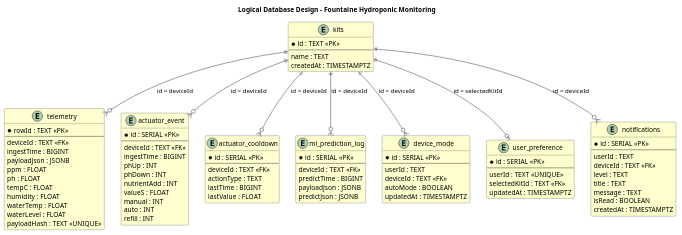
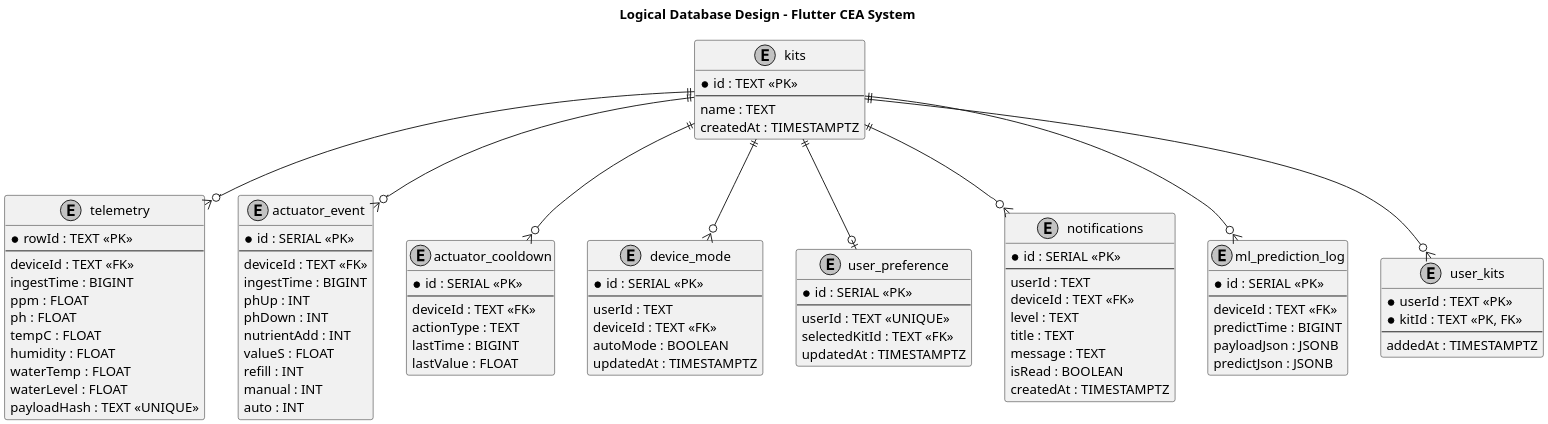
Before and after one commit to DarmawanWisnu/flutter-cea-system: the diagram in docs/diagrams/database/database_diagram.puml, drawn with PlantUML. The commit also changed 24 other files, not shown here.

```diff
--- a/docs/diagrams/database/database_diagram.puml
+++ b/docs/diagrams/database/database_diagram.puml
@@ -1,106 +1,105 @@
 @startuml
-title Logical Database Design - Fountaine Hydroponic Monitoring
-
-' === Styling ===
-skinparam class {
-  BackgroundColor #FEFECE
-  BorderColor #333333
-  ArrowColor #333333
-}
-
-' === ENTITIES ===
+scale 2
+skinparam monochrome true
+skinparam shadowing false
+title Logical Database Design - Flutter CEA System
 
 entity "kits" as kits {
   *id : TEXT <<PK>>
   --
   name : TEXT
   createdAt : TIMESTAMPTZ
 }
 
 entity "telemetry" as telemetry {
   *rowId : TEXT <<PK>>
   --
   deviceId : TEXT <<FK>>
   ingestTime : BIGINT
-  payloadJson : JSONB
   ppm : FLOAT
   ph : FLOAT
   tempC : FLOAT
   humidity : FLOAT
   waterTemp : FLOAT
   waterLevel : FLOAT
   payloadHash : TEXT <<UNIQUE>>
 }
 
 entity "actuator_event" as actuator {
   *id : SERIAL <<PK>>
   --
   deviceId : TEXT <<FK>>
   ingestTime : BIGINT
   phUp : INT
   phDown : INT
   nutrientAdd : INT
   valueS : FLOAT
+  refill : INT
   manual : INT
   auto : INT
-  refill : INT
 }
 
 entity "actuator_cooldown" as cooldown {
   *id : SERIAL <<PK>>
   --
   deviceId : TEXT <<FK>>
   actionType : TEXT
   lastTime : BIGINT
   lastValue : FLOAT
-}
-
-entity "ml_prediction_log" as ml_log {
-  *id : SERIAL <<PK>>
-  --
-  deviceId : TEXT <<FK>>
-  predictTime : BIGINT
-  payloadJson : JSONB
-  predictJson : JSONB
 }
 
 entity "device_mode" as device_mode {
   *id : SERIAL <<PK>>
   --
   userId : TEXT
   deviceId : TEXT <<FK>>
   autoMode : BOOLEAN
   updatedAt : TIMESTAMPTZ
 }
 
 entity "user_preference" as user_pref {
   *id : SERIAL <<PK>>
   --
   userId : TEXT <<UNIQUE>>
   selectedKitId : TEXT <<FK>>
   updatedAt : TIMESTAMPTZ
 }
 
 entity "notifications" as notifications {
   *id : SERIAL <<PK>>
   --
   userId : TEXT
   deviceId : TEXT <<FK>>
   level : TEXT
   title : TEXT
   message : TEXT
   isRead : BOOLEAN
   createdAt : TIMESTAMPTZ
 }
 
-' === RELATIONSHIPS ===
+entity "ml_prediction_log" as ml_log {
+  *id : SERIAL <<PK>>
+  --
+  deviceId : TEXT <<FK>>
+  predictTime : BIGINT
+  payloadJson : JSONB
+  predictJson : JSONB
+}
 
-kits ||--o{ telemetry : "id = deviceId"
-kits ||--o{ actuator : "id = deviceId"
-kits ||--o{ cooldown : "id = deviceId"
-kits ||--o{ ml_log : "id = deviceId"
-kits ||--o{ device_mode : "id = deviceId"
-kits ||--o| user_pref : "id = selectedKitId"
-kits ||--o{ notifications : "id = deviceId"
+entity "user_kits" as user_kits {
+  *userId : TEXT <<PK>>
+  *kitId : TEXT <<PK, FK>>
+  --
+  addedAt : TIMESTAMPTZ
+}
+
+kits ||--o{ telemetry
+kits ||--o{ actuator
+kits ||--o{ cooldown
+kits ||--o{ device_mode
+kits ||--o| user_pref
+kits ||--o{ notifications
+kits ||--o{ ml_log
+kits ||--o{ user_kits
 
 @enduml
```
